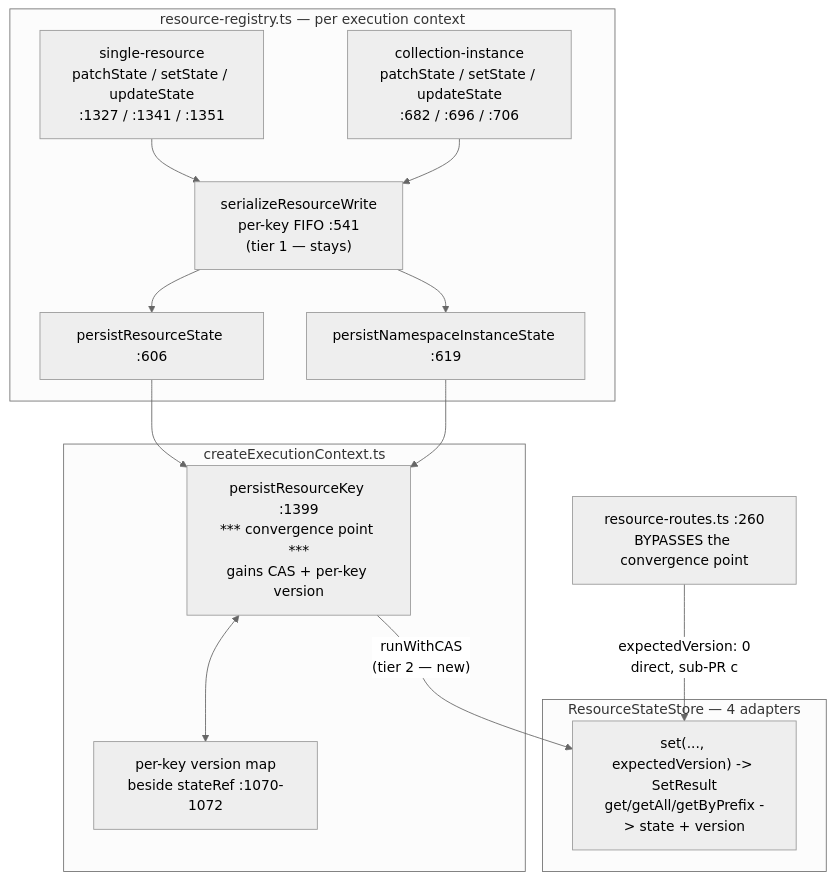
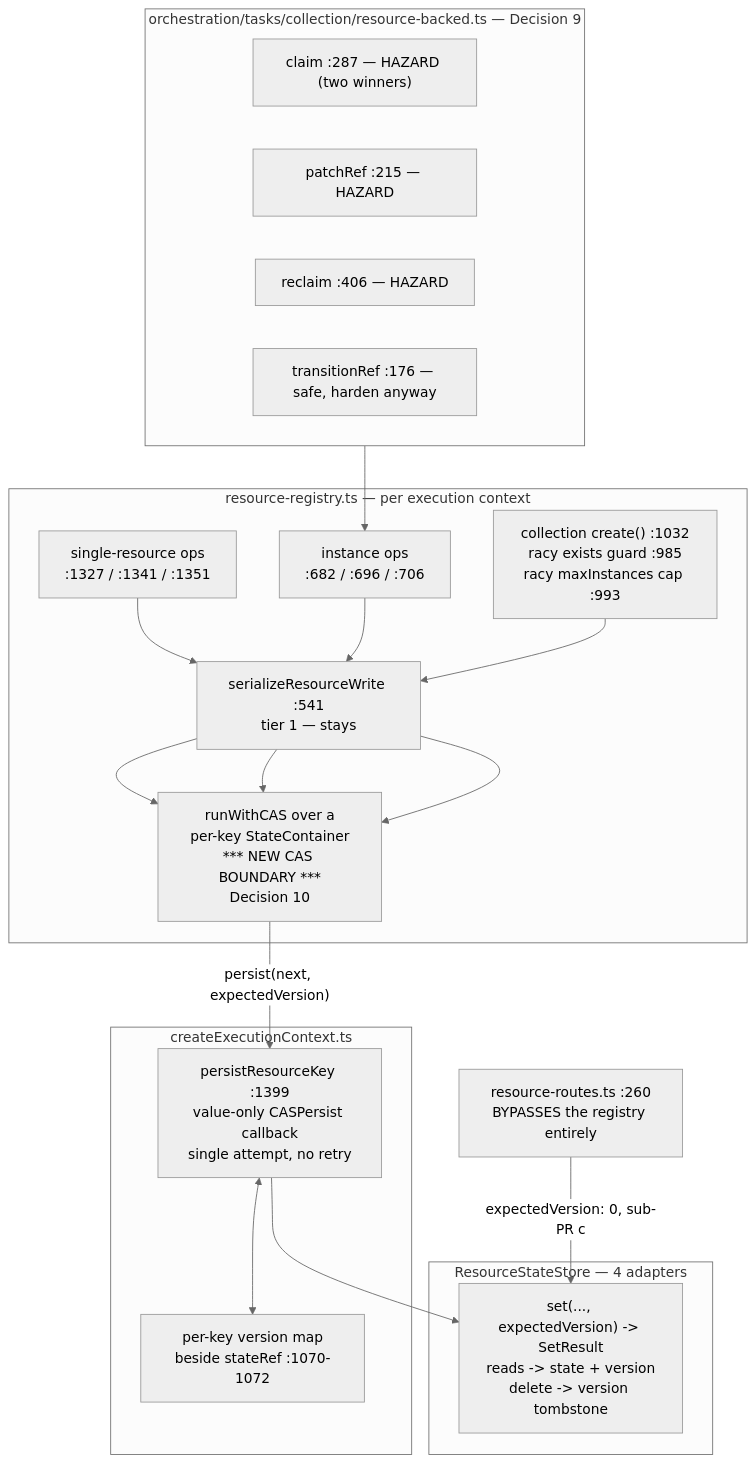
One commit to fixpoint-labs/flow-state-dev changed the diagram in docs/specs/FIX-992.md. Above: the diagram before and after it, drawn with Mermaid (neutral theme). The commit also changed other lines of this file, not shown here.

````diff
--- a/docs/specs/FIX-992.md
+++ b/docs/specs/FIX-992.md
@@ -145,25 +194,32 @@
 ```mermaid
 flowchart TD
+    subgraph orch["orchestration/tasks/collection/resource-backed.ts — Decision 9"]
+      U1["claim :287 — HAZARD (two winners)"]
+      U2["patchRef :215 — HAZARD"]
+      U3["reclaim :406 — HAZARD"]
+      U4["transitionRef :176 — safe, harden anyway"]
+    end
     subgraph reg["resource-registry.ts — per execution context"]
-      A1["single-resource<br/>patchState / setState / updateState<br/>:1327 / :1341 / :1351"]
-      A2["collection-instance<br/>patchState / setState / updateState<br/>:682 / :696 / :706"]
-      Q["serializeResourceWrite<br/>per-key FIFO :541<br/>(tier 1 — stays)"]
-      P1["persistResourceState :606"]
-      P2["persistNamespaceInstanceState :619"]
-      A1 --> Q --> P1
-      A2 --> Q --> P2
+      A1["single-resource ops<br/>:1327 / :1341 / :1351"]
+      A2["instance ops<br/>:682 / :696 / :706"]
+      A3["collection create() :1032<br/>racy exists guard :985<br/>racy maxInstances cap :993"]
+      Q["serializeResourceWrite :541<br/>tier 1 — stays"]
+      CAS["runWithCAS over a<br/>per-key StateContainer<br/>*** NEW CAS BOUNDARY ***<br/>Decision 10"]
+      A1 --> Q --> CAS
+      A2 --> Q --> CAS
+      A3 --> Q --> CAS
     end
+    orch --> A2
     subgraph ctx["createExecutionContext.ts"]
-      CP["persistResourceKey :1399<br/>*** convergence point ***<br/>gains CAS + per-key version"]
+      CP["persistResourceKey :1399<br/>value-only CASPersist callback<br/>single attempt, no retry"]
       VC["per-key version map<br/>beside stateRef :1070-1072"]
       CP <--> VC
     end
-    P1 --> CP
-    P2 --> CP
-    R["resource-routes.ts :260<br/>BYPASSES the convergence point"]
+    CAS -->|"persist(next, expectedVersion)"| CP
+    R["resource-routes.ts :260<br/>BYPASSES the registry entirely"]
     subgraph store["ResourceStateStore — 4 adapters"]
-      S["set(..., expectedVersion) -> SetResult<br/>get/getAll/getByPrefix -> state + version"]
+      S["set(..., expectedVersion) -> SetResult<br/>reads -> state + version<br/>delete -> version tombstone"]
     end
-    CP -->|"runWithCAS<br/>(tier 2 — new)"| S
-    R -->|"expectedVersion: 0<br/>direct, sub-PR c"| S
+    CP --> S
+    R -->|"expectedVersion: 0, sub-PR c"| S
 ```
````
